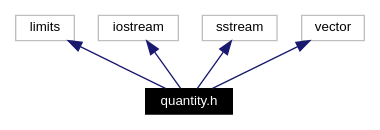
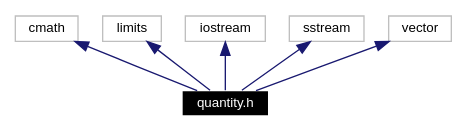
The diagram in doc/doxy-html/quantity_8h__incl.dot (fermi-lat/catalogAccess), drawn with Graphviz before and after one commit. The commit also changed 57 other files, not shown here.

```diff
--- a/doc/doxy-html/quantity_8h__incl.dot
+++ b/doc/doxy-html/quantity_8h__incl.dot
@@ -1,12 +1,16 @@
-digraph inheritance
+digraph G
 {
-  Node98 [shape="box",label="quantity.h",fontsize=10,height=0.2,width=0.4,fontname="Helvetica",color="black",style="filled" fontcolor="white"];
-  Node99 -> Node98 [dir=back,color="midnightblue",fontsize=10,style="solid",fontname="Helvetica"];
-  Node99 [shape="box",label="limits",fontsize=10,height=0.2,width=0.4,fontname="Helvetica",color="grey75"];
-  Node100 -> Node98 [dir=back,color="midnightblue",fontsize=10,style="solid",fontname="Helvetica"];
-  Node100 [shape="box",label="iostream",fontsize=10,height=0.2,width=0.4,fontname="Helvetica",color="grey75"];
-  Node101 -> Node98 [dir=back,color="midnightblue",fontsize=10,style="solid",fontname="Helvetica"];
-  Node101 [shape="box",label="sstream",fontsize=10,height=0.2,width=0.4,fontname="Helvetica",color="grey75"];
-  Node102 -> Node98 [dir=back,color="midnightblue",fontsize=10,style="solid",fontname="Helvetica"];
-  Node102 [shape="box",label="vector",fontsize=10,height=0.2,width=0.4,fontname="Helvetica",color="grey75"];
+  edge [fontname="Helvetica",fontsize=10,labelfontname="Helvetica",labelfontsize=10];
+  node [fontname="Helvetica",fontsize=10,shape=record];
+  Node105 [label="quantity.h",height=0.2,width=0.4,color="white", fillcolor="black", style="filled" fontcolor="white"];
+  Node106 -> Node105 [dir=back,color="midnightblue",fontsize=10,style="solid",fontname="Helvetica"];
+  Node106 [label="cmath",height=0.2,width=0.4,color="grey75"];
+  Node107 -> Node105 [dir=back,color="midnightblue",fontsize=10,style="solid",fontname="Helvetica"];
+  Node107 [label="limits",height=0.2,width=0.4,color="grey75"];
+  Node108 -> Node105 [dir=back,color="midnightblue",fontsize=10,style="solid",fontname="Helvetica"];
+  Node108 [label="iostream",height=0.2,width=0.4,color="grey75"];
+  Node109 -> Node105 [dir=back,color="midnightblue",fontsize=10,style="solid",fontname="Helvetica"];
+  Node109 [label="sstream",height=0.2,width=0.4,color="grey75"];
+  Node110 -> Node105 [dir=back,color="midnightblue",fontsize=10,style="solid",fontname="Helvetica"];
+  Node110 [label="vector",height=0.2,width=0.4,color="grey75"];
 }
```
